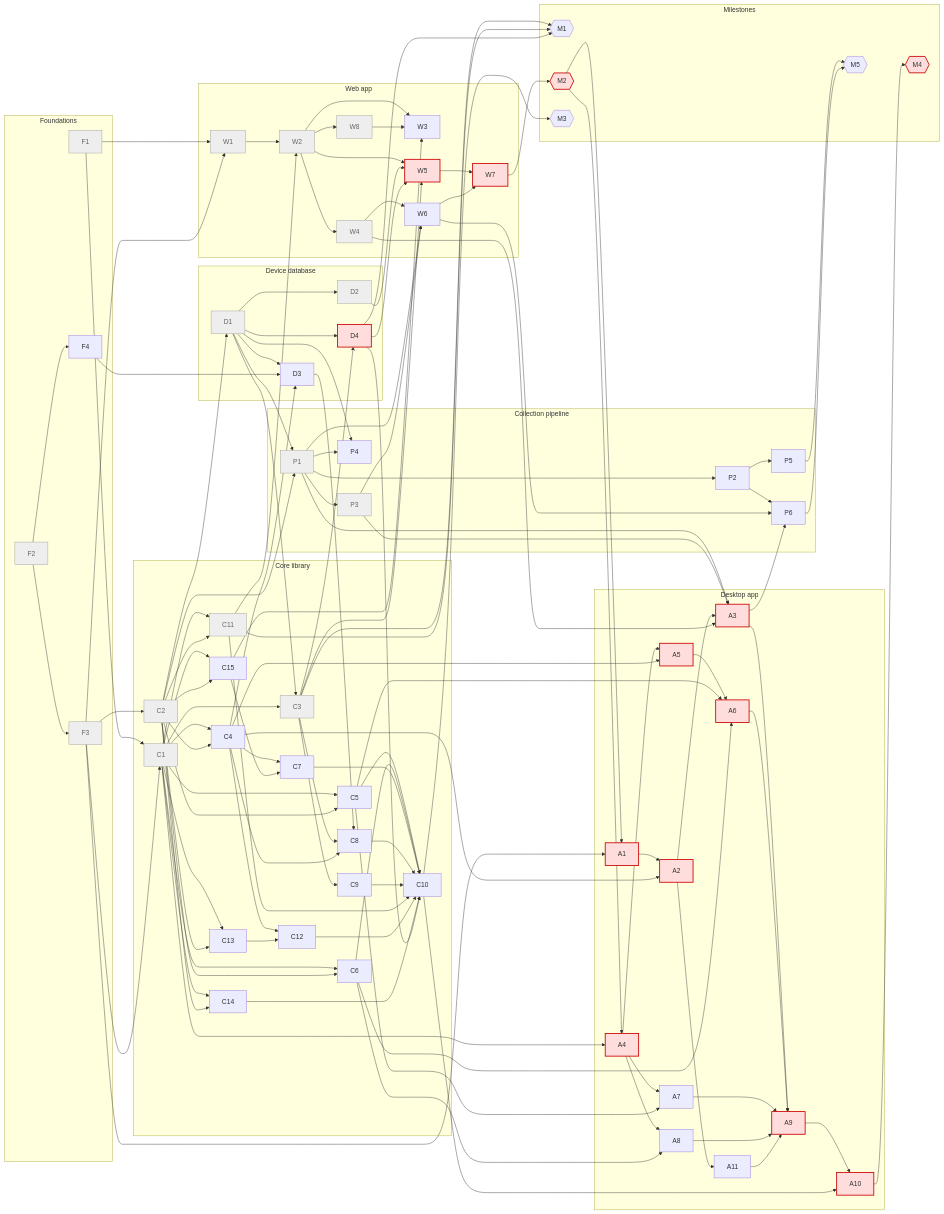
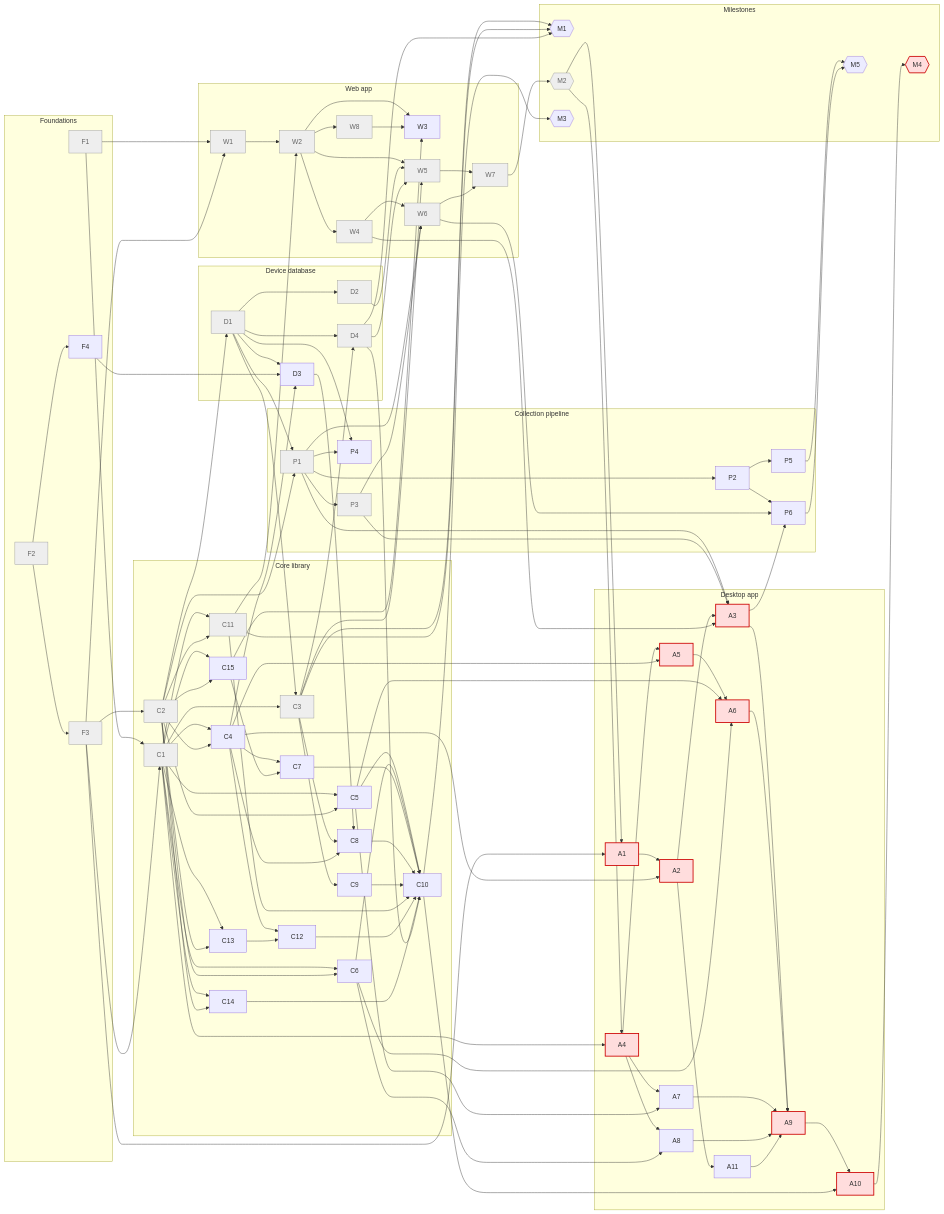
Before and after one commit to anygamepad/anygamepad.github.io: the third of 3 diagrams in ROADMAP/2026-10-14/README.md, drawn with Mermaid. The commit also changed other lines of this file and 34 other files, not shown here.

````diff
--- a/ROADMAP/2026-10-14/README.md
+++ b/ROADMAP/2026-10-14/README.md
@@ -473,6 +468,6 @@
     p6 --> m5
     classDef crit fill:#fdd,stroke:#c00,stroke-width:2px
     classDef done fill:#eee,stroke:#999,color:#666
-    class d4,w5,w7,a1,a4,a5,a2,a3,a6,a9,a10,m2,m4 crit
-    class f1,f2,f3,c1,c2,c3,c11,d1,d2,p1,p3,w1,w2,w4,w8 done
+    class a1,a4,a5,a2,a3,a6,a9,a10,m4 crit
+    class f1,f2,f3,c1,c2,c3,c11,d1,d2,d4,p1,p3,w1,w2,w4,w5,w6,w7,w8,m2 done
 ```
````
